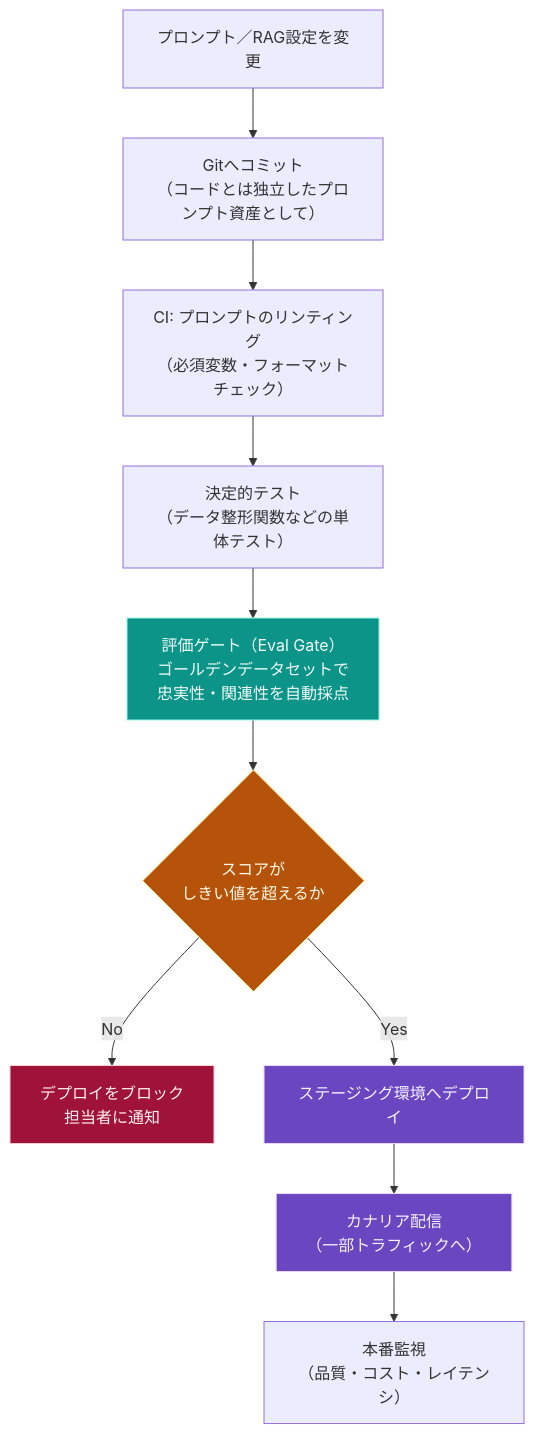
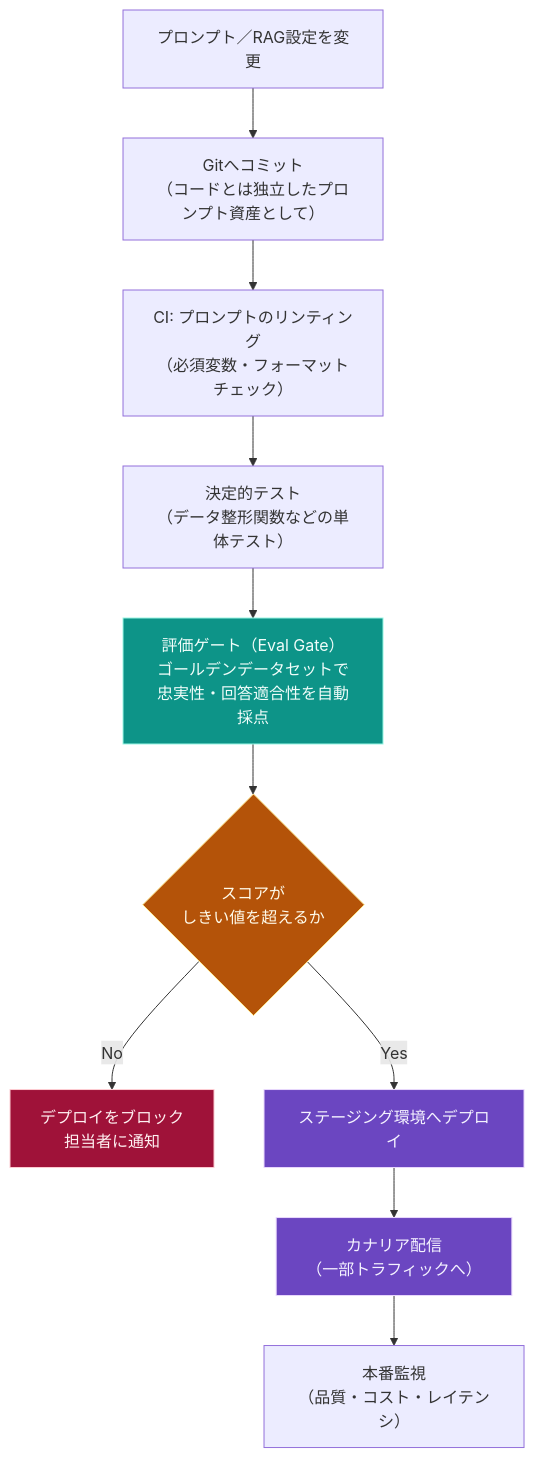
One commit to myoshi2891/Comparison-of-LLMs changed the fifth of 6 diagrams in Ai-cicd-automation-best-practices.md. Above: the diagram before and after it, drawn with Mermaid. The commit also changed other lines of this file and 6 other files, not shown here.

````diff
--- a/Ai-cicd-automation-best-practices.md
+++ b/Ai-cicd-automation-best-practices.md
@@ -274,18 +274,18 @@
 ```mermaid
 flowchart TD
     A["プロンプト／RAG設定を変更"] --> B["Gitへコミット\n（コードとは独立したプロンプト資産として）"]
     B --> C["CI: プロンプトのリンティング\n（必須変数・フォーマットチェック）"]
     C --> D["決定的テスト\n（データ整形関数などの単体テスト）"]
-    D --> E["評価ゲート（Eval Gate）\nゴールデンデータセットで\n忠実性・関連性を自動採点"]
+    D --> E["評価ゲート（Eval Gate）\nゴールデンデータセットで\n忠実性・回答適合性を自動採点"]
     E --> F{"スコアが\nしきい値を超えるか"}
     F -->|No| G["デプロイをブロック\n担当者に通知"]
     F -->|Yes| H["ステージング環境へデプロイ"]
     H --> I["カナリア配信\n（一部トラフィックへ）"]
     I --> J["本番監視\n（品質・コスト・レイテンシ）"]
 
     style E fill:#0d9488,stroke:#99f6e4,color:#f0fdfa
     style F fill:#b45309,stroke:#fde68a,color:#fffbeb
     style G fill:#9f1239,stroke:#fecdd3,color:#fff1f2
     style H fill:#6b46c1,stroke:#e9d8fd,color:#f5f3ff
     style I fill:#6b46c1,stroke:#e9d8fd,color:#f5f3ff
 ```
````
